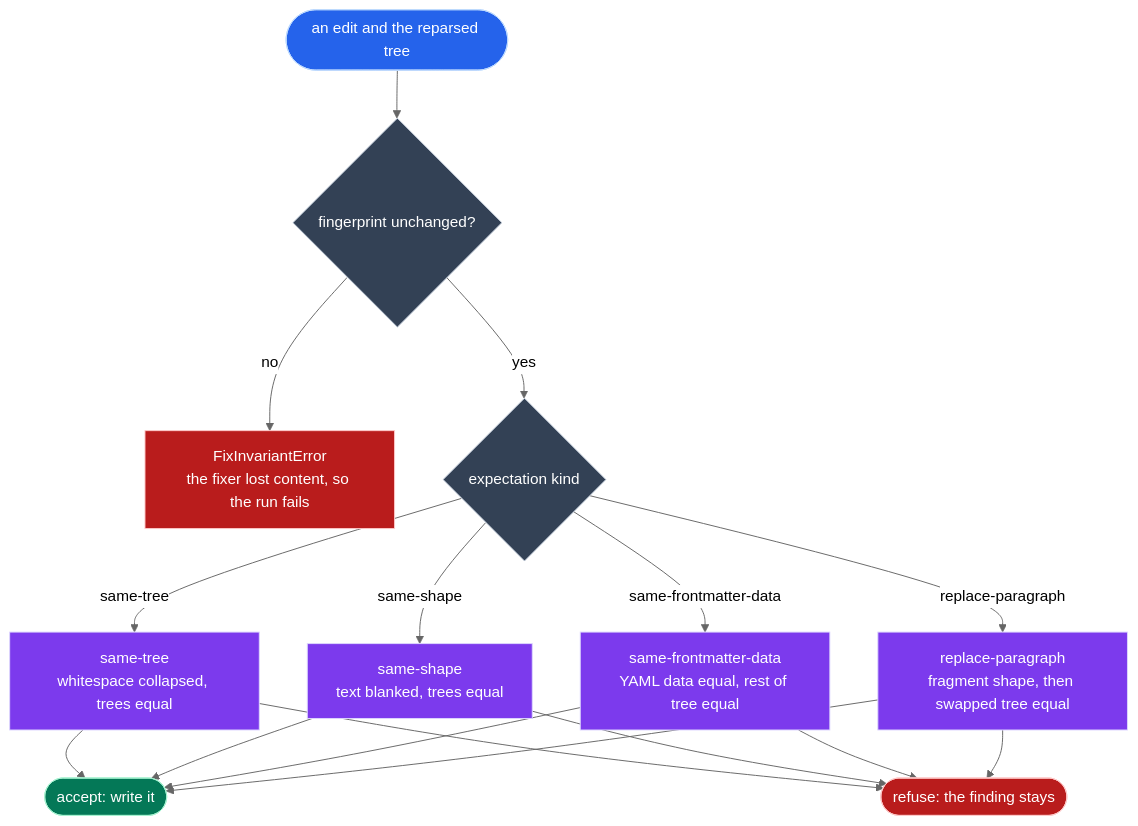
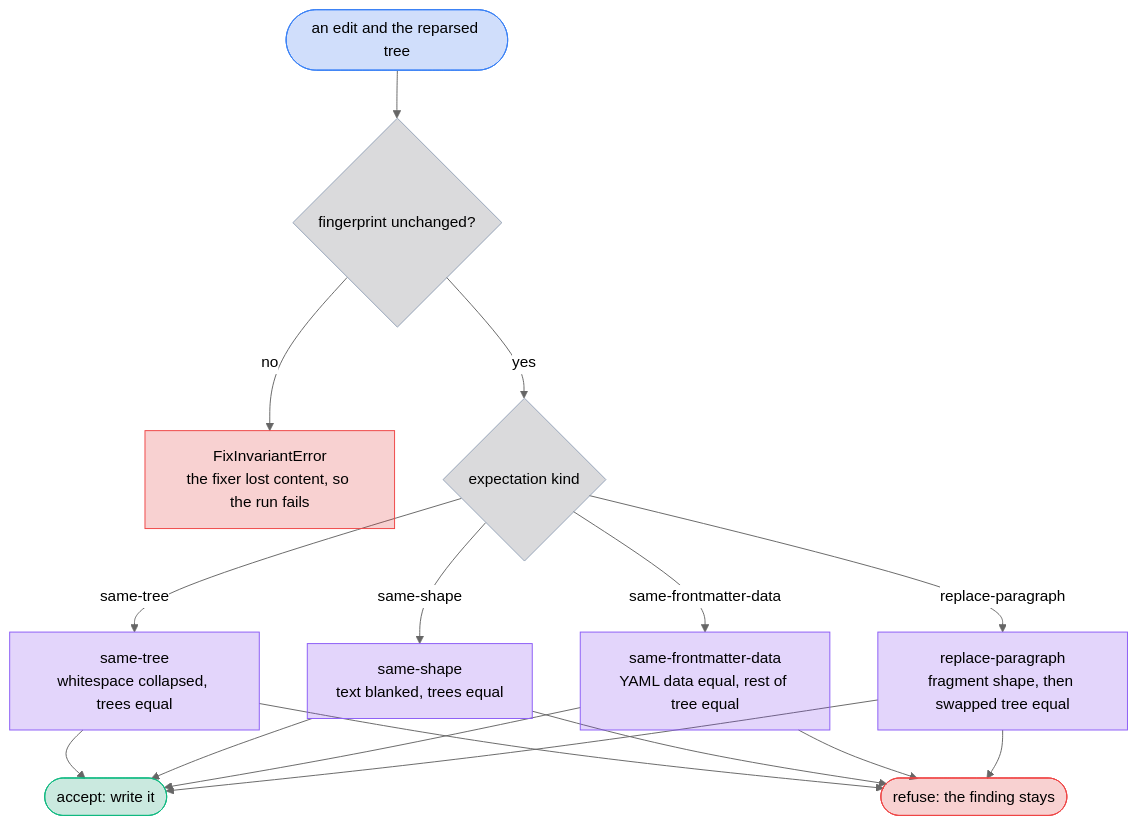
Diagram 13 of 19 in docs/DATA_MODEL.md (jpeakai/jpai-prose-gates), drawn with Mermaid (neutral theme) before and after one commit. The commit also changed other lines of this file and 1 other file, not shown here.

First line of the commit message:
docs: recalibrate the Mermaid diagrams for Material with translucent fills

````diff
--- a/docs/DATA_MODEL.md
+++ b/docs/DATA_MODEL.md
@@ -436,35 +436,35 @@
 ```mermaid
 flowchart TB
     EDIT(["an edit and the reparsed tree"]):::source
     FP{"fingerprint unchanged?"}:::decide
     THROW["FixInvariantError<br/>the fixer lost content, so the run fails"]:::bad
     KIND{"expectation kind"}:::decide
     TREE["same-tree<br/>whitespace collapsed, trees equal"]:::build
     SHAPE["same-shape<br/>text blanked, trees equal"]:::build
     FMD["same-frontmatter-data<br/>YAML data equal, rest of tree equal"]:::build
     REPL["replace-paragraph<br/>fragment shape, then swapped tree equal"]:::build
     OK(["accept: write it"]):::ok
     NO(["refuse: the finding stays"]):::bad
 
     EDIT --> FP
     FP -- "no" --> THROW
     FP -- "yes" --> KIND
     KIND -- "same-tree" --> TREE
     KIND -- "same-shape" --> SHAPE
     KIND -- "same-frontmatter-data" --> FMD
     KIND -- "replace-paragraph" --> REPL
     TREE --> OK
     SHAPE --> OK
     FMD --> OK
     REPL --> OK
     TREE --> NO
     SHAPE --> NO
     FMD --> NO
     REPL --> NO
 
-    classDef source fill:#2563eb,stroke:#bfdbfe,color:#ffffff
-    classDef build  fill:#7c3aed,stroke:#ddd6fe,color:#ffffff
-    classDef decide fill:#334155,stroke:#cbd5e1,color:#ffffff
-    classDef ok     fill:#047857,stroke:#a7f3d0,color:#ffffff
-    classDef bad    fill:#b91c1c,stroke:#fecaca,color:#ffffff
+    classDef source fill:#2563eb36,stroke:#3b82f6
+    classDef build  fill:#7c3aed36,stroke:#8b5cf6
+    classDef decide fill:#52525b36,stroke:#94a3b8
+    classDef ok     fill:#05966936,stroke:#10b981
+    classDef bad    fill:#dc262636,stroke:#ef4444
 ```
````
